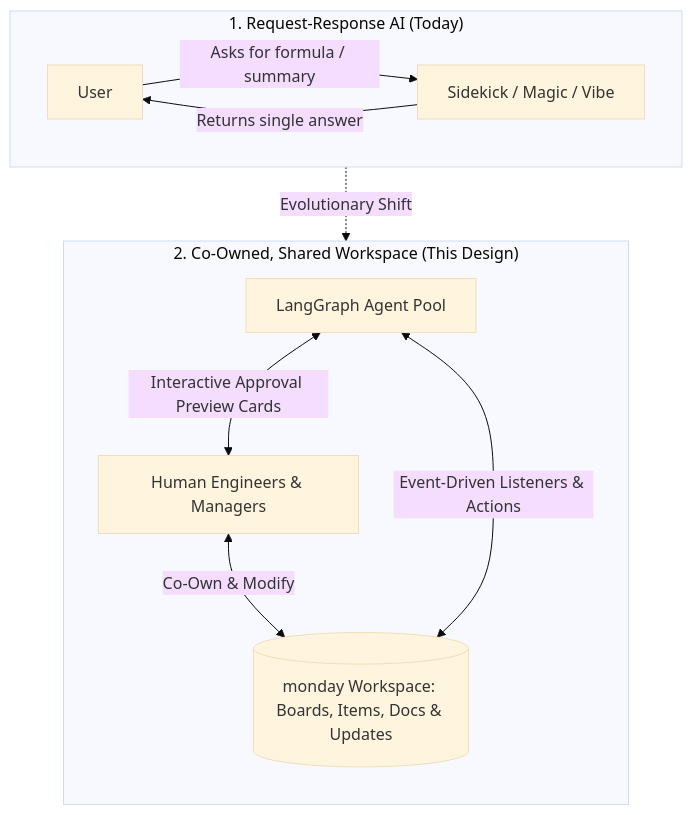
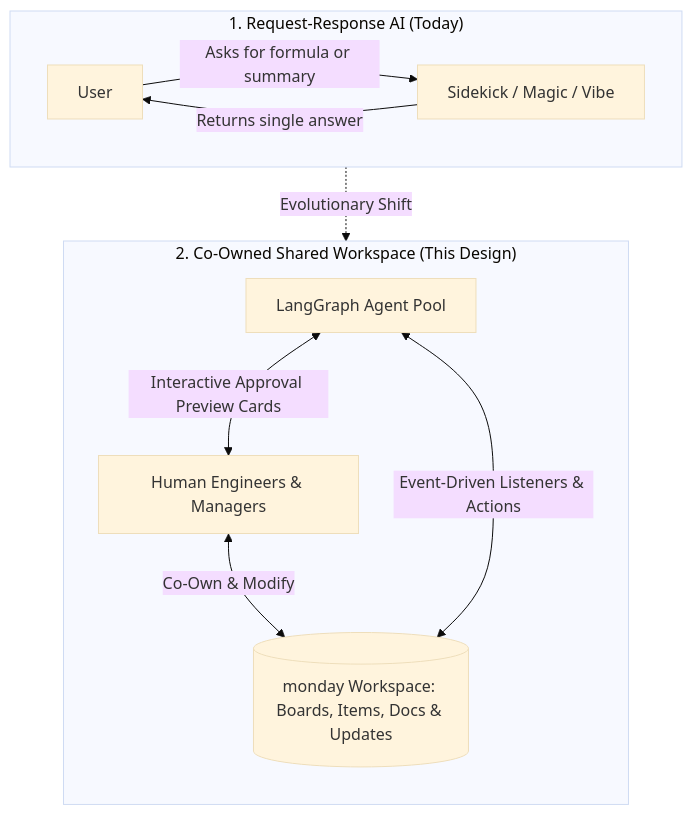
The first of 4 diagrams in monday_agent_system_design.md (Galina-Blokh/monday-system), drawn with Mermaid (base theme) before and after one commit. The commit also changed other lines of this file, not shown here.

````diff
--- a/monday_agent_system_design.md
+++ b/monday_agent_system_design.md
@@ -13,17 +14,17 @@
 ```mermaid
 flowchart TD
     subgraph TODAY["1. Request-Response AI (Today)"]
-        U1[User] -->|Asks for formula / summary| SK[Sidekick / Magic / Vibe]
+        U1[User] -->|Asks for formula or summary| SK[Sidekick / Magic / Vibe]
         SK -->|Returns single answer| U1
     end
 
-    subgraph NEXT["2. Co-Owned, Shared Workspace (This Design)"]
+    subgraph NEXT["2. Co-Owned Shared Workspace (This Design)"]
         direction TB
         WS[(monday Workspace: Boards, Items, Docs & Updates)]
         H[Human Engineers & Managers] <-->|Co-Own & Modify| WS
         AP[LangGraph Agent Pool] <-->|Event-Driven Listeners & Actions| WS
         AP <-->|Interactive Approval Preview Cards| H
     end
 
     TODAY -.->|Evolutionary Shift| NEXT
 ```
````
